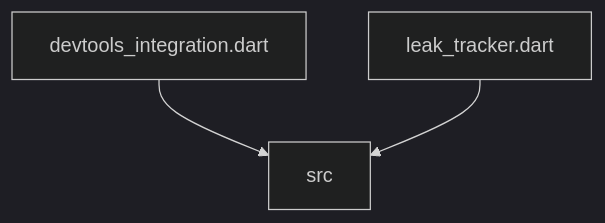
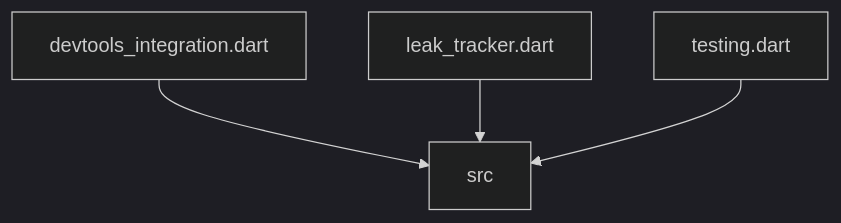
The diagram in lib/DEPENDENCIES.md (dart-lang/leak_tracker), drawn with Mermaid (dark theme) before and after one commit. The commit also changed 22 other files, not shown here.

````diff
--- a/lib/DEPENDENCIES.md
+++ b/lib/DEPENDENCIES.md
@@ -6,5 +6,6 @@
 ```mermaid
 flowchart TD;
 devtools_integration.dart-->src;
 leak_tracker.dart-->src;
+testing.dart-->src;
 ```
````
